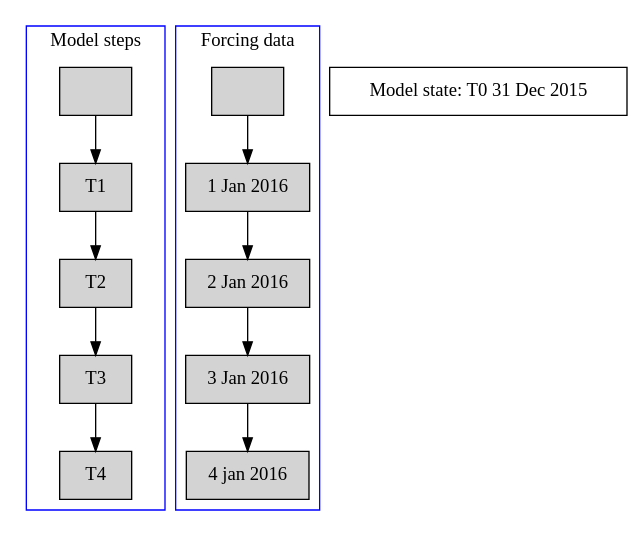
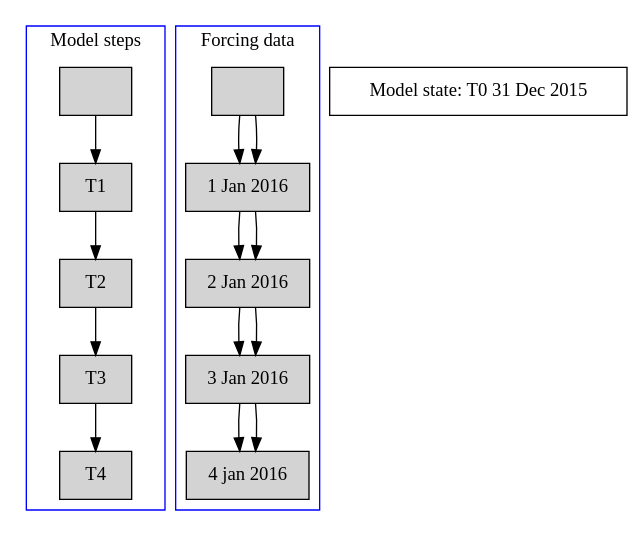
One commit to openstreams/wflow changed the first of 2 diagrams in doc/wf_DynamicFramework.rst. Above: the diagram before and after it, drawn with Graphviz. The commit also changed other lines of this file, not shown here.

Commit message:
support for datetime output in csv files

```diff
--- a/doc/wf_DynamicFramework.rst
+++ b/doc/wf_DynamicFramework.rst
@@ -330,24 +330,30 @@
 .. graphviz::
 
     digraph G {
         node [shape=box]
 
         subgraph cluster_1 {
 	    	node [style=filled];
 		    " "  -> T1 -> T2 -> T3 -> T4;
 		    label = "Model steps";
 		    color=blue
 	    }
 
         subgraph cluster_2 {
 	    	node [style=filled];
 		    "  " ->"1 Jan 2016" -> "2 Jan 2016" -> "3 Jan 2016" -> "4 jan 2016";
 		    label = "Forcing data";
 		    color=blue
 	    }
 
+        subgraph cluster_3 {
+	    	node [style=filled];
+		    "  " ->"1 Jan 2016" -> "2 Jan 2016" -> "3 Jan 2016" -> "4 jan 2016";
+		    label = "Model output data";
+		    color=blue
+	    }
 
         "Model state: T0 31 Dec 2015";
 
 
     }
```
